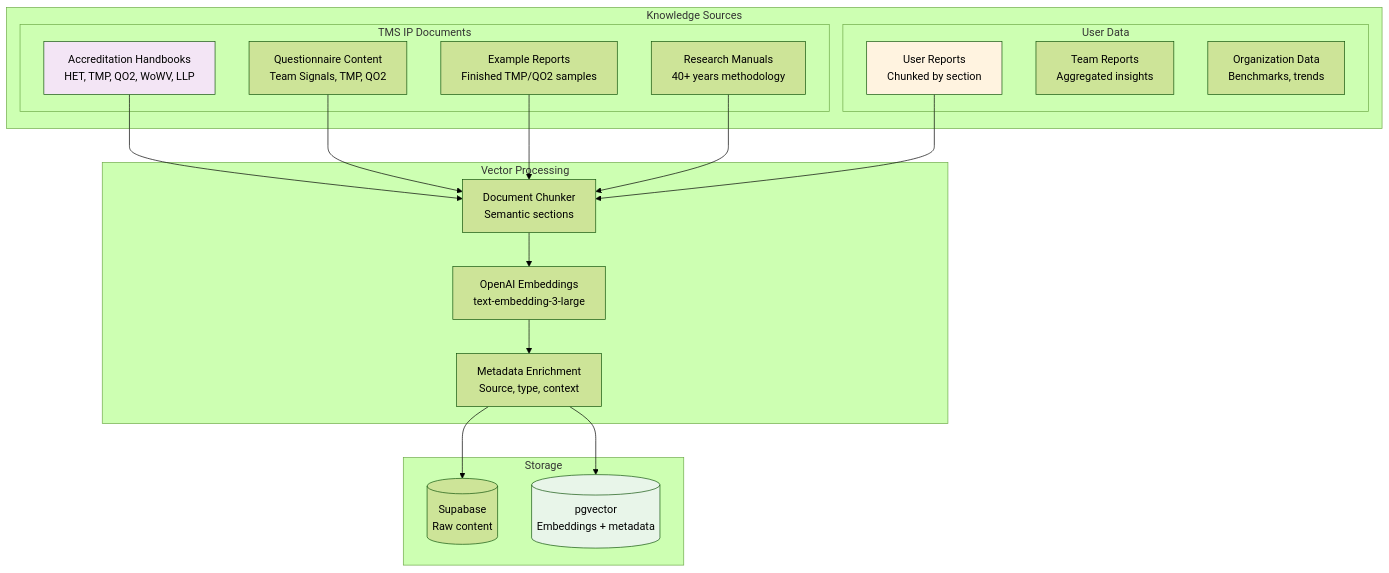
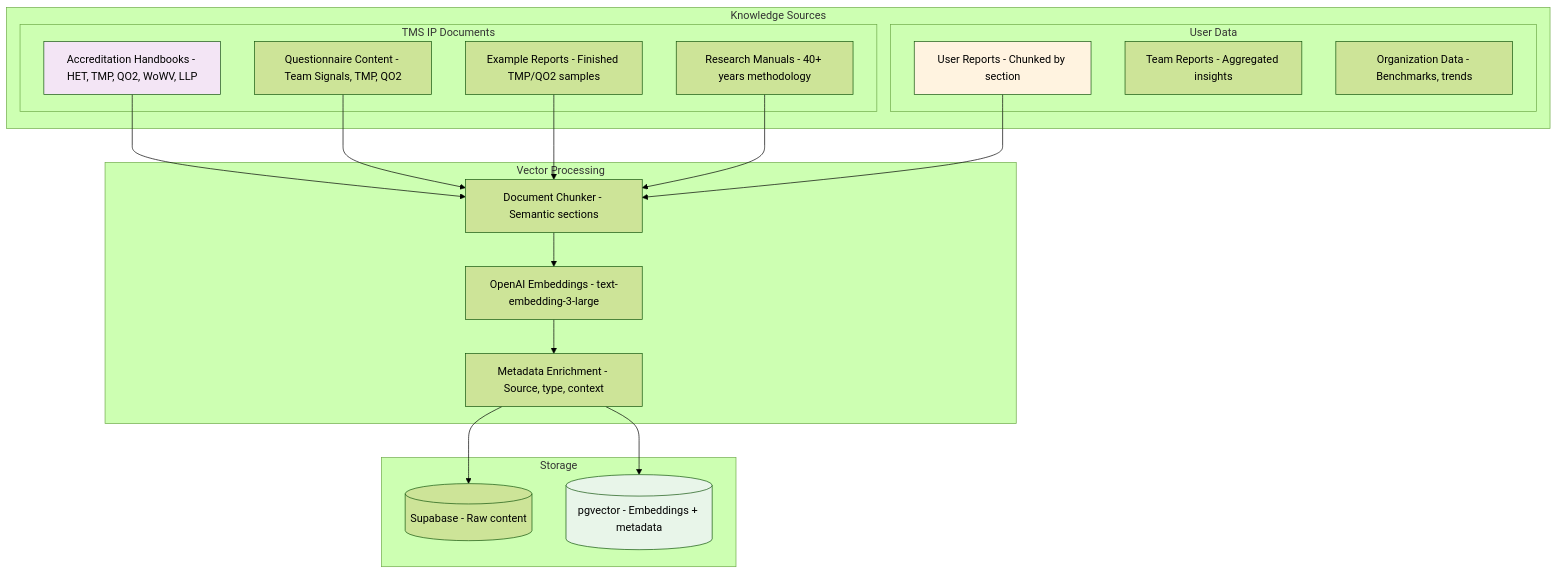
Before and after one commit to tmscoach/teamOS-Agents-Demo: the ninth of 11 diagrams in docs/tms-api-spec/SYSTEM-ARCHITECTURE.md, drawn with Mermaid (forest theme). The commit also changed other lines of this file, not shown here.

First line of the commit message:
fix: Replace HTML br tags in Mermaid diagrams

````diff
--- a/docs/tms-api-spec/SYSTEM-ARCHITECTURE.md
+++ b/docs/tms-api-spec/SYSTEM-ARCHITECTURE.md
@@ -355,44 +355,44 @@
 ```mermaid
 graph TB
     subgraph "Knowledge Sources"
         subgraph "TMS IP Documents"
-            Handbooks[Accreditation Handbooks<br/>HET, TMP, QO2, WoWV, LLP]
-            Questionnaires[Questionnaire Content<br/>Team Signals, TMP, QO2]
-            Reports[Example Reports<br/>Finished TMP/QO2 samples]
-            Research[Research Manuals<br/>40+ years methodology]
+            Handbooks[Accreditation Handbooks - HET, TMP, QO2, WoWV, LLP]
+            Questionnaires[Questionnaire Content - Team Signals, TMP, QO2]
+            Reports[Example Reports - Finished TMP/QO2 samples]
+            Research[Research Manuals - 40+ years methodology]
         end
         
         subgraph "User Data"
-            UserReports[User Reports<br/>Chunked by section]
-            TeamReports[Team Reports<br/>Aggregated insights]
-            OrgData[Organization Data<br/>Benchmarks, trends]
+            UserReports[User Reports - Chunked by section]
+            TeamReports[Team Reports - Aggregated insights]
+            OrgData[Organization Data - Benchmarks, trends]
         end
     end
     
     subgraph "Vector Processing"
-        Chunker[Document Chunker<br/>Semantic sections]
-        Embedder[OpenAI Embeddings<br/>text-embedding-3-large]
-        Metadata[Metadata Enrichment<br/>Source, type, context]
+        Chunker[Document Chunker - Semantic sections]
+        Embedder[OpenAI Embeddings - text-embedding-3-large]
+        Metadata[Metadata Enrichment - Source, type, context]
     end
     
     subgraph "Storage"
-        Supabase[(Supabase<br/>Raw content)]
-        pgvector[(pgvector<br/>Embeddings + metadata)]
+        Supabase[(Supabase - Raw content)]
+        pgvector[(pgvector - Embeddings + metadata)]
     end
     
     Handbooks --> Chunker
     Questionnaires --> Chunker
     Reports --> Chunker
     Research --> Chunker
     UserReports --> Chunker
     
     Chunker --> Embedder
     Embedder --> Metadata
     
     Metadata --> Supabase
     Metadata --> pgvector
     
     style Handbooks fill:#f3e5f5
     style UserReports fill:#fff3e0
     style pgvector fill:#e8f5e9
 ```
````
